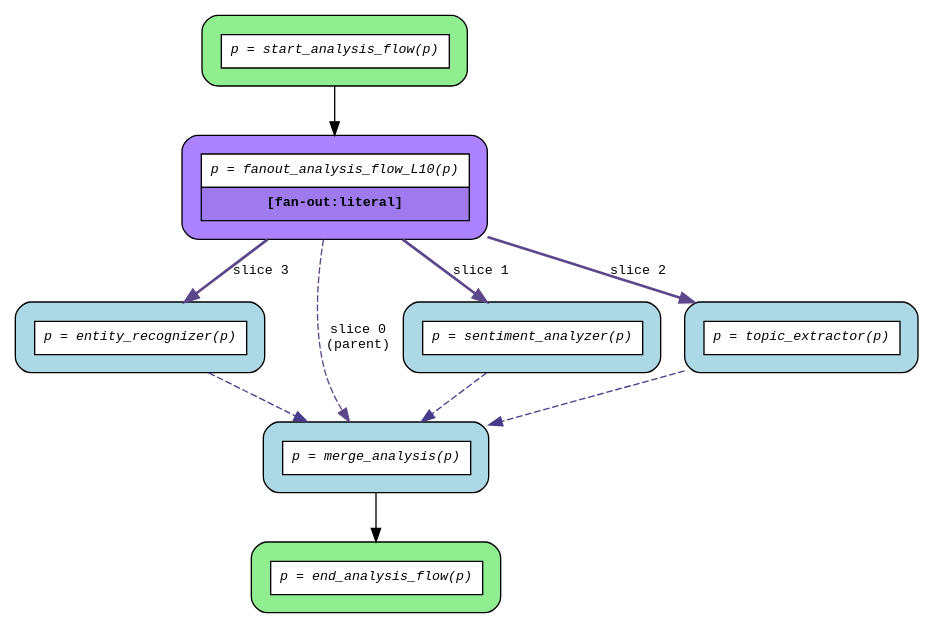
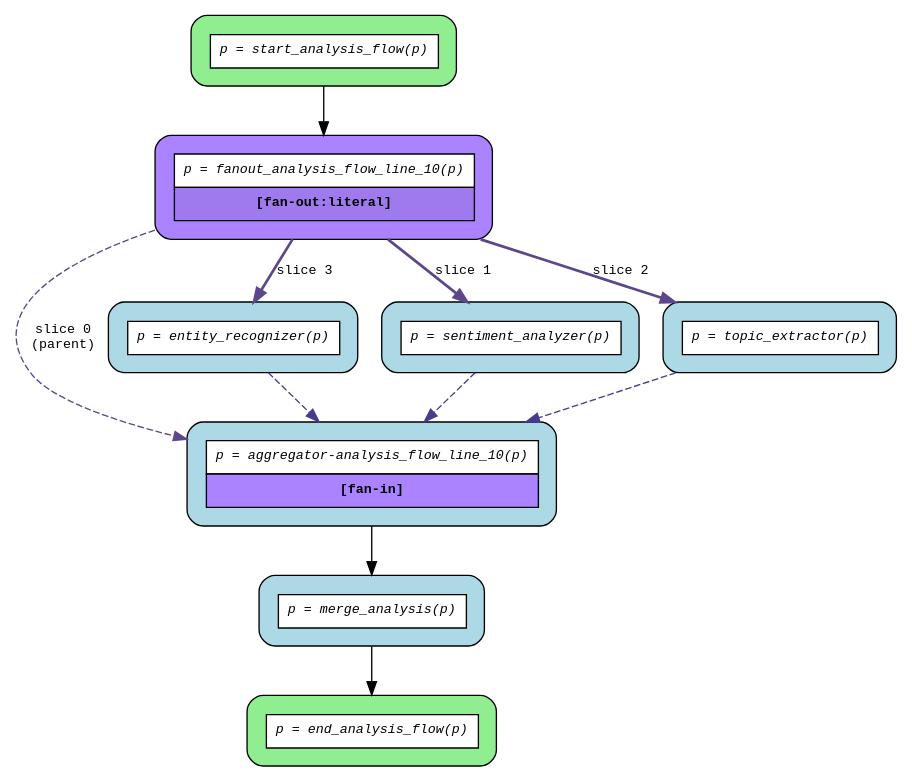
One commit to deliveryhero/asya changed the diagram in examples/flows/compiled/fanout_literal/flow.dot. Above: the diagram before and after it, drawn with Graphviz. The commit also changed 22 other files, not shown here.

```diff
--- a/examples/flows/compiled/fanout_literal/flow.dot
+++ b/examples/flows/compiled/fanout_literal/flow.dot
@@ -1,24 +1,26 @@
 digraph flow {
   rankdir=TB;
   graph [fontname="Courier", fontsize=10];
   node [fontname="Courier", fontsize=10, shape=box, style="filled,rounded", margin="0.2"];
   edge [fontname="Courier", fontsize=10];
 
   start_analysis_flow [fillcolor="lightgreen", label=<<table border="0" cellspacing="0" cellpadding="6" cellborder="1"><tr><td bgcolor="white" align="center"><i>p = start_analysis_flow(p)</i></td></tr></table>>];
-  fanout_analysis_flow_L10 [fillcolor="mediumpurple1", label=<<table border="0" cellspacing="0" cellpadding="6" cellborder="1"><tr><td bgcolor="white" align="center"><i>p = fanout_analysis_flow_L10(p)</i></td></tr><tr><td bgcolor="mediumpurple2" align="center"><b>[fan-out:literal]</b></td></tr></table>>];
+  fanout_analysis_flow_line_10 [fillcolor="mediumpurple1", label=<<table border="0" cellspacing="0" cellpadding="6" cellborder="1"><tr><td bgcolor="white" align="center"><i>p = fanout_analysis_flow_line_10(p)</i></td></tr><tr><td bgcolor="mediumpurple2" align="center"><b>[fan-out:literal]</b></td></tr></table>>];
   end_analysis_flow [fillcolor="lightgreen", label=<<table border="0" cellspacing="0" cellpadding="6" cellborder="1"><tr><td bgcolor="white" align="center"><i>p = end_analysis_flow(p)</i></td></tr></table>>];
+  aggregator_analysis_flow_line_10 [fillcolor="lightblue", label=<<table border="0" cellspacing="0" cellpadding="6" cellborder="1"><tr><td bgcolor="white" align="center"><i>p = aggregator-analysis_flow_line_10(p)</i></td></tr><tr><td bgcolor="mediumpurple1" align="center"><b>[fan-in]</b></td></tr></table>>];
   entity_recognizer [fillcolor="lightblue", label=<<table border="0" cellspacing="0" cellpadding="6" cellborder="1"><tr><td bgcolor="white" align="center"><i>p = entity_recognizer(p)</i></td></tr></table>>];
   merge_analysis [fillcolor="lightblue", label=<<table border="0" cellspacing="0" cellpadding="6" cellborder="1"><tr><td bgcolor="white" align="center"><i>p = merge_analysis(p)</i></td></tr></table>>];
   sentiment_analyzer [fillcolor="lightblue", label=<<table border="0" cellspacing="0" cellpadding="6" cellborder="1"><tr><td bgcolor="white" align="center"><i>p = sentiment_analyzer(p)</i></td></tr></table>>];
   topic_extractor [fillcolor="lightblue", label=<<table border="0" cellspacing="0" cellpadding="6" cellborder="1"><tr><td bgcolor="white" align="center"><i>p = topic_extractor(p)</i></td></tr></table>>];
 
-  entity_recognizer -> merge_analysis [color=slateblue4, style=dashed];
-  fanout_analysis_flow_L10 -> entity_recognizer [color=mediumpurple4, label="slice 3", style=bold];
-  fanout_analysis_flow_L10 -> merge_analysis [color=mediumpurple4, label="slice 0\n(parent)", style=dashed];
-  fanout_analysis_flow_L10 -> sentiment_analyzer [color=mediumpurple4, label="slice 1", style=bold];
-  fanout_analysis_flow_L10 -> topic_extractor [color=mediumpurple4, label="slice 2", style=bold];
+  aggregator_analysis_flow_line_10 -> merge_analysis;
+  entity_recognizer -> aggregator_analysis_flow_line_10 [color=slateblue4, style=dashed];
+  fanout_analysis_flow_line_10 -> aggregator_analysis_flow_line_10 [color=mediumpurple4, label="slice 0\n(parent)", style=dashed];
+  fanout_analysis_flow_line_10 -> entity_recognizer [color=mediumpurple4, label="slice 3", style=bold];
+  fanout_analysis_flow_line_10 -> sentiment_analyzer [color=mediumpurple4, label="slice 1", style=bold];
+  fanout_analysis_flow_line_10 -> topic_extractor [color=mediumpurple4, label="slice 2", style=bold];
   merge_analysis -> end_analysis_flow;
-  sentiment_analyzer -> merge_analysis [color=slateblue4, style=dashed];
-  start_analysis_flow -> fanout_analysis_flow_L10;
-  topic_extractor -> merge_analysis [color=slateblue4, style=dashed];
+  sentiment_analyzer -> aggregator_analysis_flow_line_10 [color=slateblue4, style=dashed];
+  start_analysis_flow -> fanout_analysis_flow_line_10;
+  topic_extractor -> aggregator_analysis_flow_line_10 [color=slateblue4, style=dashed];
 }
```
